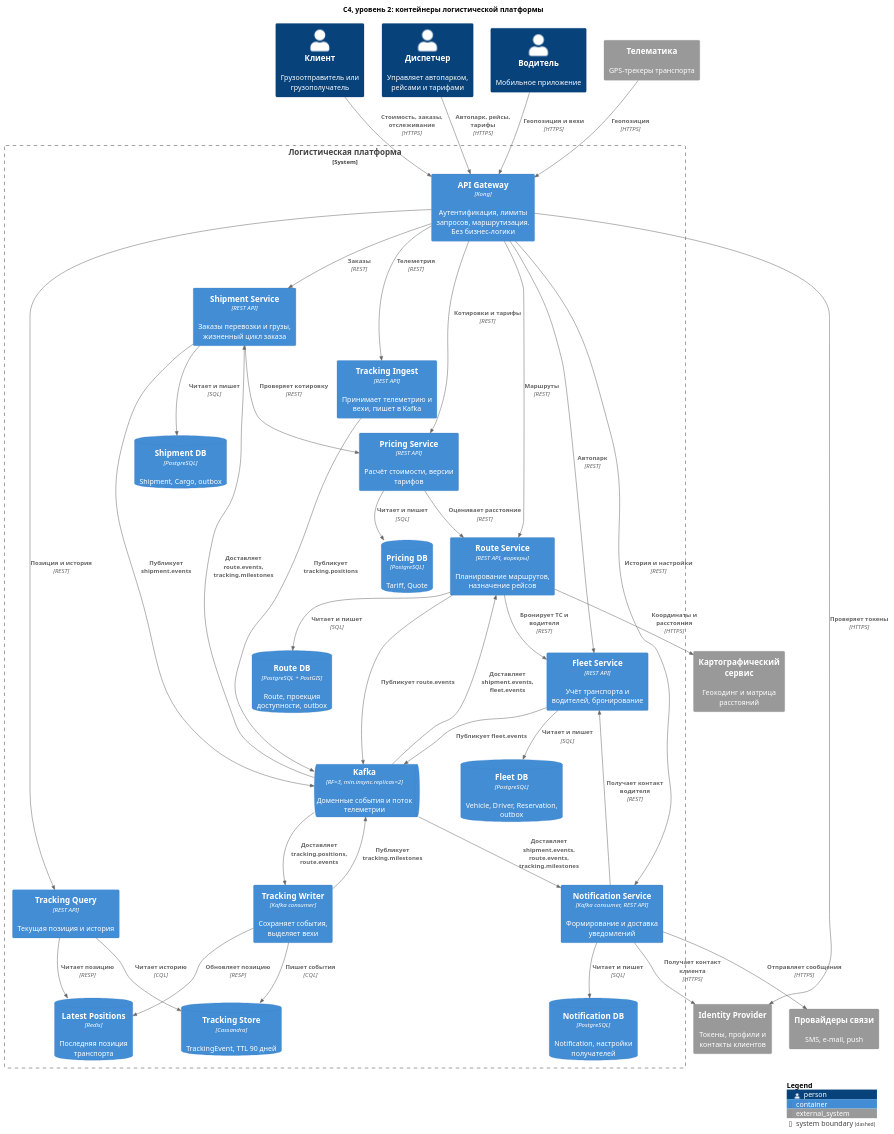
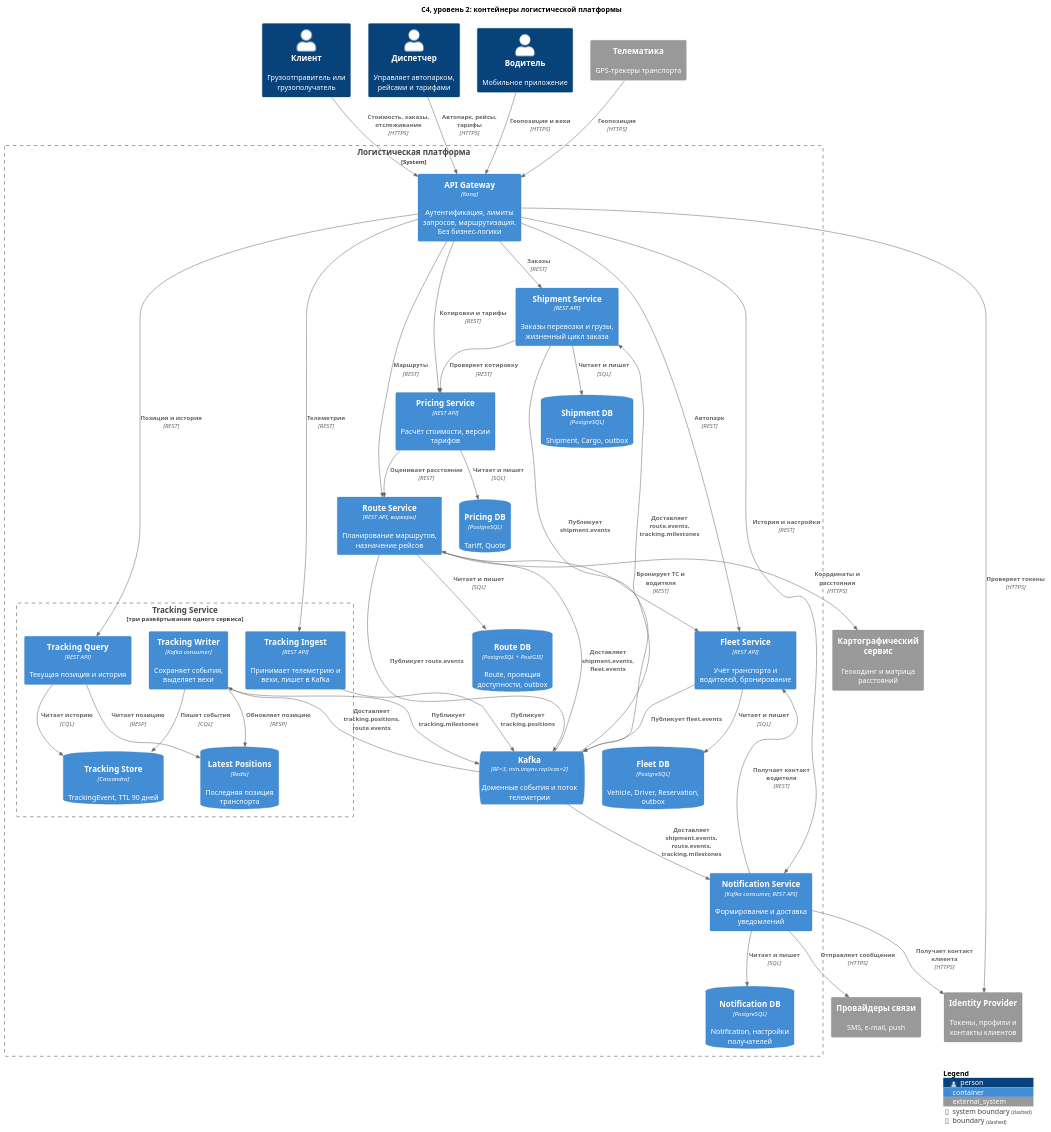
The diagram in 1_lab/diagrams/c4-container.puml (Yagiar/MicroservicesItmo), drawn with PlantUML before and after one commit. The commit also changed 5 other files, not shown here.

First line of the commit message:
docs: рендер диаграмм лабораторной работы №1 в PNG

```diff
--- a/1_lab/diagrams/c4-container.puml
+++ b/1_lab/diagrams/c4-container.puml
@@ -1,86 +1,88 @@
 @startuml c4-container
 !include <C4/C4_Container>
 
 title C4, уровень 2: контейнеры логистической платформы
 
 Person(customer, "Клиент", "Грузоотправитель или грузополучатель")
 Person(dispatcher, "Диспетчер", "Управляет автопарком, рейсами и тарифами")
 Person(driver, "Водитель", "Мобильное приложение")
 
 System_Ext(telematics, "Телематика", "GPS-трекеры транспорта")
 System_Ext(idp, "Identity Provider", "Токены, профили и контакты клиентов")
 System_Ext(maps, "Картографический сервис", "Геокодинг и матрица расстояний")
 System_Ext(comms, "Провайдеры связи", "SMS, e-mail, push")
 
 System_Boundary(platform, "Логистическая платформа") {
   Container(gateway, "API Gateway", "Kong", "Аутентификация, лимиты запросов, маршрутизация. Без бизнес-логики")
 
   Container(shipment_svc, "Shipment Service", "REST API", "Заказы перевозки и грузы, жизненный цикл заказа")
   ContainerDb(shipment_db, "Shipment DB", "PostgreSQL", "Shipment, Cargo, outbox")
 
   Container(pricing_svc, "Pricing Service", "REST API", "Расчёт стоимости, версии тарифов")
   ContainerDb(pricing_db, "Pricing DB", "PostgreSQL", "Tariff, Quote")
 
   Container(route_svc, "Route Service", "REST API, воркеры", "Планирование маршрутов, назначение рейсов")
   ContainerDb(route_db, "Route DB", "PostgreSQL + PostGIS", "Route, проекция доступности, outbox")
 
   Container(fleet_svc, "Fleet Service", "REST API", "Учёт транспорта и водителей, бронирование")
   ContainerDb(fleet_db, "Fleet DB", "PostgreSQL", "Vehicle, Driver, Reservation, outbox")
 
-  Container(tracking_ingest, "Tracking Ingest", "REST API", "Принимает телеметрию и вехи, пишет в Kafka")
-  Container(tracking_writer, "Tracking Writer", "Kafka consumer", "Сохраняет события, выделяет вехи")
-  Container(tracking_query, "Tracking Query", "REST API", "Текущая позиция и история")
-  ContainerDb(tracking_db, "Tracking Store", "Cassandra", "TrackingEvent, TTL 90 дней")
-  ContainerDb(tracking_cache, "Latest Positions", "Redis", "Последняя позиция транспорта")
+  Boundary(tracking_group, "Tracking Service", "три развёртывания одного сервиса") {
+    Container(tracking_ingest, "Tracking Ingest", "REST API", "Принимает телеметрию и вехи, пишет в Kafka")
+    Container(tracking_writer, "Tracking Writer", "Kafka consumer", "Сохраняет события, выделяет вехи")
+    Container(tracking_query, "Tracking Query", "REST API", "Текущая позиция и история")
+    ContainerDb(tracking_db, "Tracking Store", "Cassandra", "TrackingEvent, TTL 90 дней")
+    ContainerDb(tracking_cache, "Latest Positions", "Redis", "Последняя позиция транспорта")
+  }
 
   Container(notification_svc, "Notification Service", "Kafka consumer, REST API", "Формирование и доставка уведомлений")
   ContainerDb(notification_db, "Notification DB", "PostgreSQL", "Notification, настройки получателей")
 
   ContainerQueue(kafka, "Kafka", "RF=3, min.insync.replicas=2", "Доменные события и поток телеметрии")
 }
 
 Rel(customer, gateway, "Стоимость, заказы, отслеживание", "HTTPS")
 Rel(dispatcher, gateway, "Автопарк, рейсы, тарифы", "HTTPS")
 Rel(driver, gateway, "Геопозиция и вехи", "HTTPS")
 Rel(telematics, gateway, "Геопозиция", "HTTPS")
 Rel(gateway, idp, "Проверяет токены", "HTTPS")
 
 Rel(gateway, shipment_svc, "Заказы", "REST")
 Rel(gateway, pricing_svc, "Котировки и тарифы", "REST")
 Rel(gateway, route_svc, "Маршруты", "REST")
 Rel(gateway, fleet_svc, "Автопарк", "REST")
 Rel(gateway, tracking_ingest, "Телеметрия", "REST")
 Rel(gateway, tracking_query, "Позиция и история", "REST")
 Rel(gateway, notification_svc, "История и настройки", "REST")
 
 Rel(shipment_svc, pricing_svc, "Проверяет котировку", "REST")
 Rel(pricing_svc, route_svc, "Оценивает расстояние", "REST")
 Rel(route_svc, fleet_svc, "Бронирует ТС и водителя", "REST")
 Rel(notification_svc, fleet_svc, "Получает контакт водителя", "REST")
 
 Rel(route_svc, maps, "Координаты и расстояния", "HTTPS")
 Rel(notification_svc, comms, "Отправляет сообщения", "HTTPS")
 Rel(notification_svc, idp, "Получает контакт клиента", "HTTPS")
 
 Rel(shipment_svc, shipment_db, "Читает и пишет", "SQL")
 Rel(pricing_svc, pricing_db, "Читает и пишет", "SQL")
 Rel(route_svc, route_db, "Читает и пишет", "SQL")
 Rel(fleet_svc, fleet_db, "Читает и пишет", "SQL")
 Rel(notification_svc, notification_db, "Читает и пишет", "SQL")
 Rel(tracking_writer, tracking_db, "Пишет события", "CQL")
 Rel(tracking_writer, tracking_cache, "Обновляет позицию", "RESP")
 Rel(tracking_query, tracking_db, "Читает историю", "CQL")
 Rel(tracking_query, tracking_cache, "Читает позицию", "RESP")
 
 Rel(shipment_svc, kafka, "Публикует shipment.events")
 Rel(kafka, shipment_svc, "Доставляет route.events, tracking.milestones")
 Rel(route_svc, kafka, "Публикует route.events")
 Rel(kafka, route_svc, "Доставляет shipment.events, fleet.events")
 Rel(fleet_svc, kafka, "Публикует fleet.events")
 Rel(tracking_ingest, kafka, "Публикует tracking.positions")
 Rel(kafka, tracking_writer, "Доставляет tracking.positions, route.events")
 Rel(tracking_writer, kafka, "Публикует tracking.milestones")
 Rel(kafka, notification_svc, "Доставляет shipment.events, route.events, tracking.milestones")
 
 SHOW_LEGEND()
 @enduml
```
